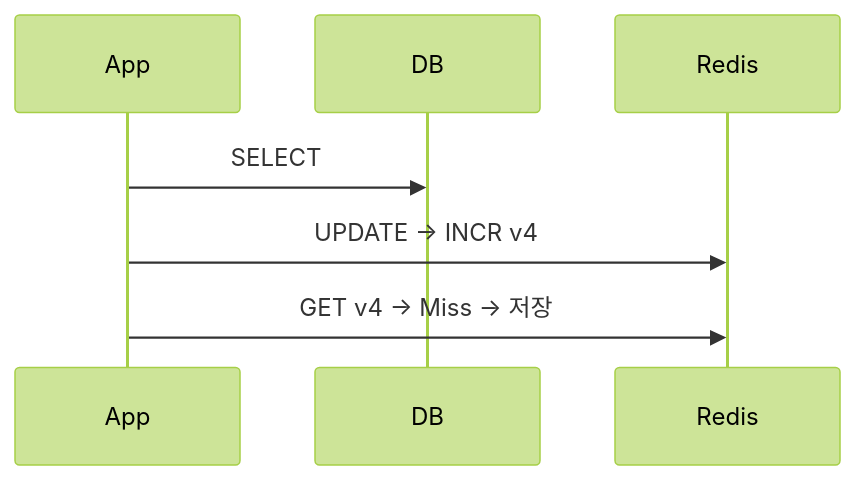
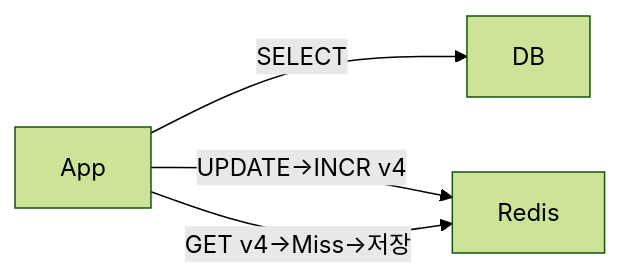
One commit to yjkim2015/yjkim2015.github.io changed the third of 8 diagrams in _posts/caching/2026-05-03-cache-invalidation.md. Above: the diagram before and after it, drawn with Mermaid (forest theme). The commit also changed other lines of this file and 84 other files, not shown here.

First line of the commit message:
85개 포스트 Mermaid 다이어그램 규칙 일괄 수정

````diff
--- a/_posts/caching/2026-05-03-cache-invalidation.md
+++ b/_posts/caching/2026-05-03-cache-invalidation.md
@@ -175,6 +175,9 @@
 ```mermaid
-sequenceDiagram
-    App->>DB: SELECT
-    App->>Redis: UPDATE → INCR v4
-    App->>Redis: GET v4 → Miss → 저장
+graph LR
+    App["App"]
+    DB["DB"]
+    R["Redis"]
+    App -->|"SELECT"| DB
+    App -->|"UPDATE→INCR v4"| R
+    App -->|"GET v4→Miss→저장"| R
 ```
````
